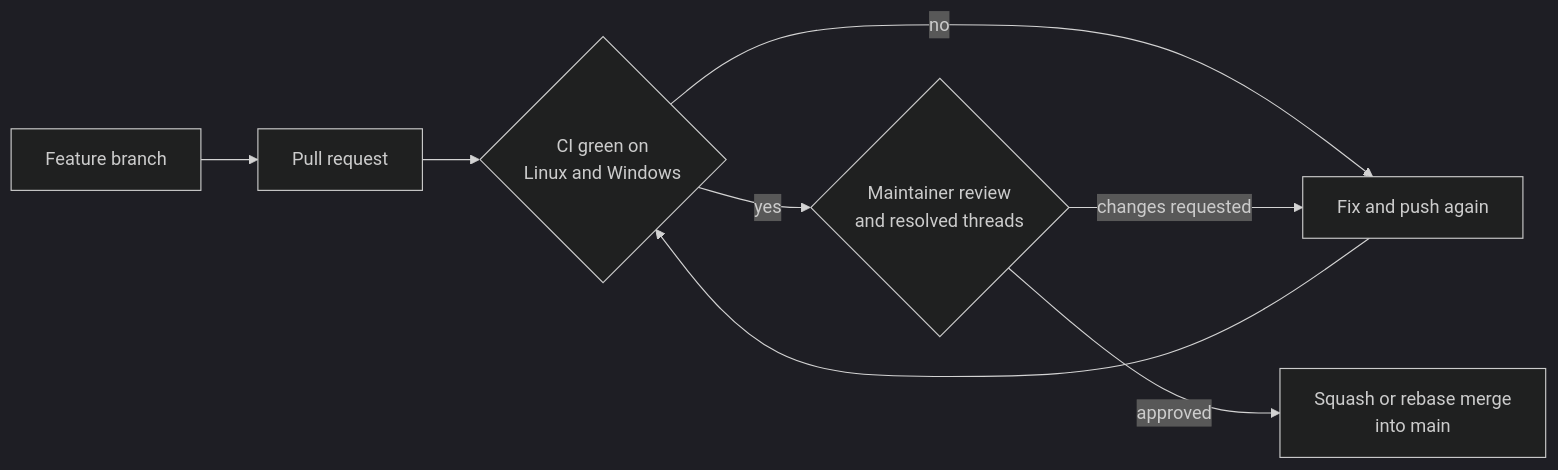
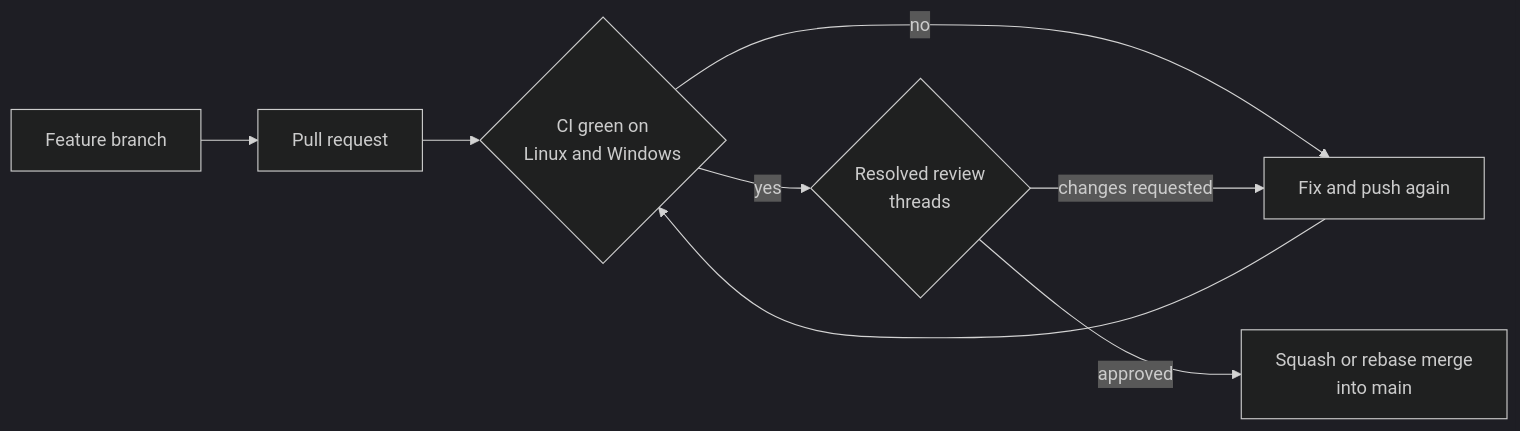
Before and after one commit to ztc0/goop: the diagram in docs/development/repository-settings.md, drawn with Mermaid (dark theme). The commit also changed other lines of this file and 1 other file, not shown here.

````diff
--- a/docs/development/repository-settings.md
+++ b/docs/development/repository-settings.md
@@ -7,9 +7,9 @@
 ```mermaid
 flowchart LR
     Branch[Feature branch] --> PR[Pull request]
     PR --> CI{CI green on<br/>Linux and Windows}
     CI -->|no| Fix[Fix and push again] --> CI
-    CI -->|yes| Review{Maintainer review<br/>and resolved threads}
+    CI -->|yes| Review{Resolved review<br/>threads}
     Review -->|changes requested| Fix
     Review -->|approved| Merge[Squash or rebase merge<br/>into main]
 ```
````
